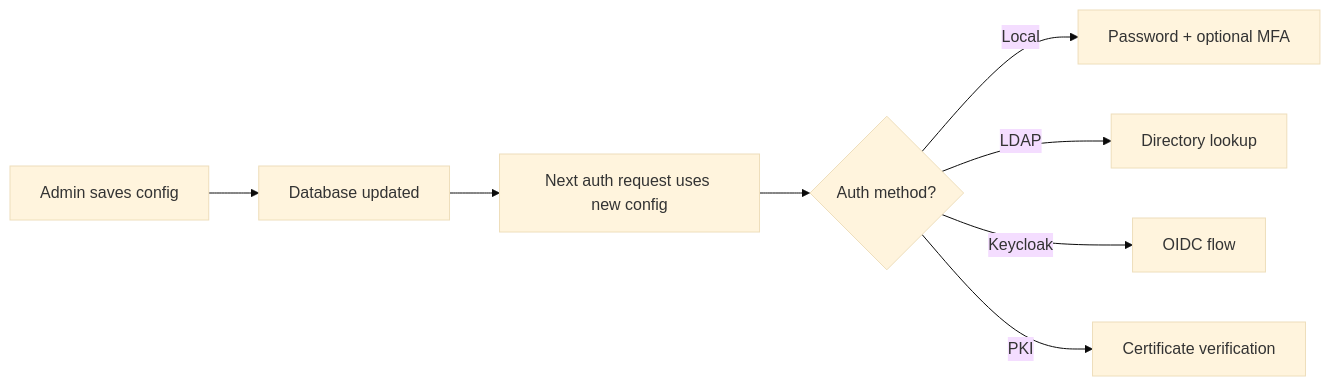
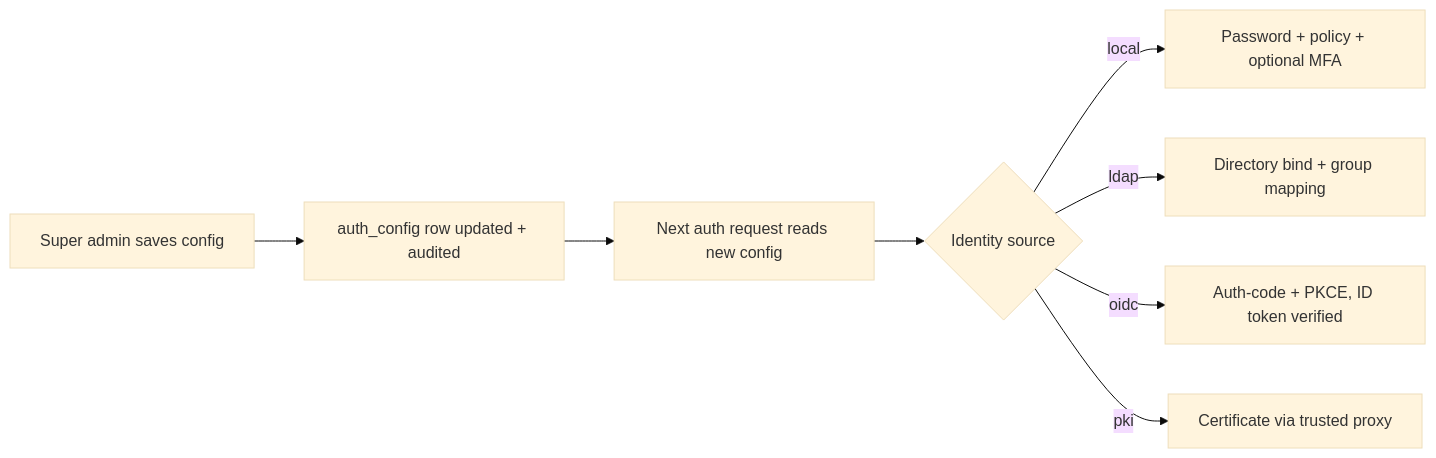
The first of 2 diagrams in docs-site/docs/user-guide/admin-panel.md (attevon-llc/OpenTranscribe), drawn with Mermaid (base theme) before and after one commit. The commit also changed other lines of this file and 142 other files, not shown here.

````diff
--- a/docs-site/docs/user-guide/admin-panel.md
+++ b/docs-site/docs/user-guide/admin-panel.md
@@ -119,10 +186,10 @@
 ```mermaid
 flowchart LR
-    A[Admin saves config] --> B[Database updated]
-    B --> C[Next auth request uses new config]
-    C --> D{Auth method?}
-    D -->|Local| E[Password + optional MFA]
-    D -->|LDAP| F[Directory lookup]
-    D -->|Keycloak| G[OIDC flow]
-    D -->|PKI| H[Certificate verification]
+    A[Super admin saves config] --> B[auth_config row updated + audited]
+    B --> C[Next auth request reads new config]
+    C --> D{Identity source}
+    D -->|local| E[Password + policy + optional MFA]
+    D -->|ldap| F[Directory bind + group mapping]
+    D -->|oidc| G[Auth-code + PKCE, ID token verified]
+    D -->|pki| H[Certificate via trusted proxy]
 ```
````
